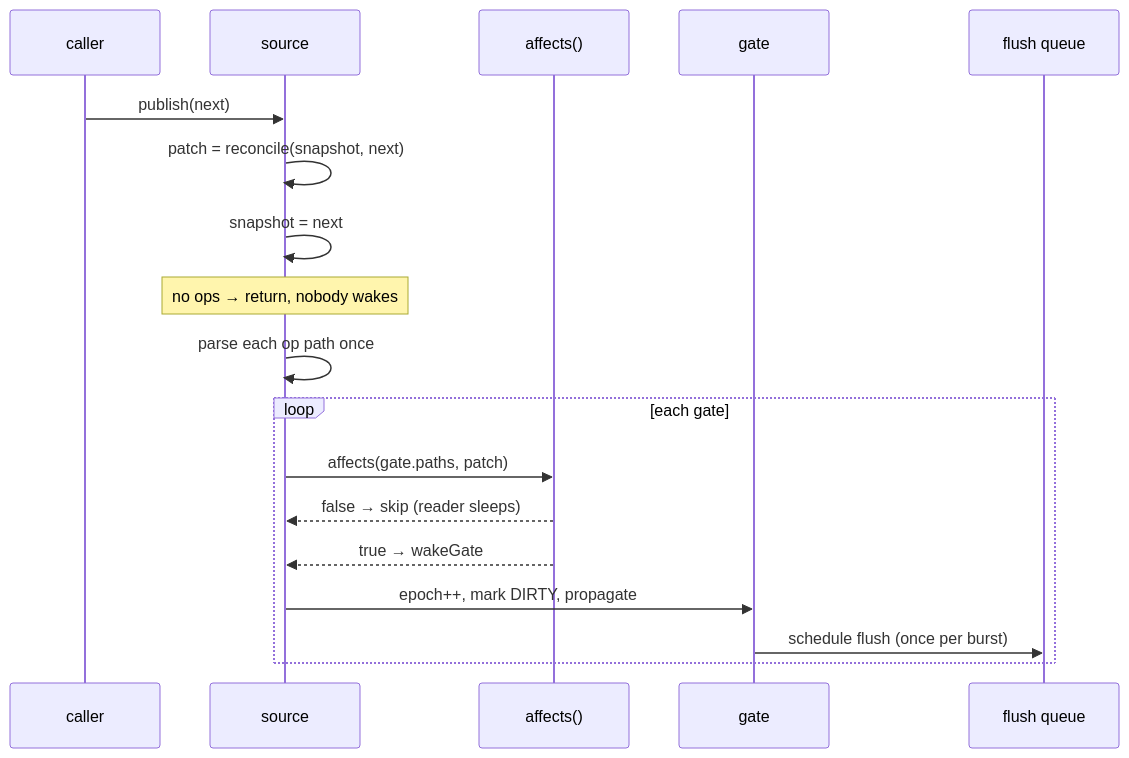
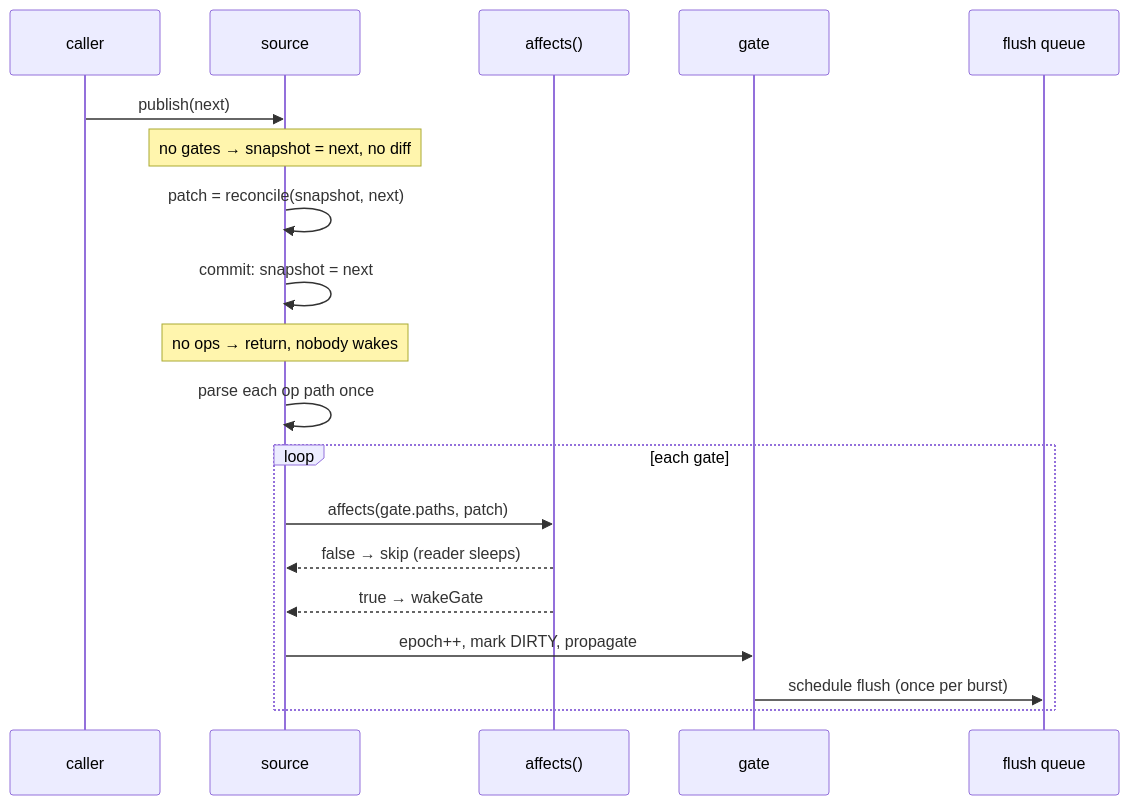
Before and after one commit to twfarland/nonchalant: the third of 4 diagrams in docs/internals/graph.md, drawn with Mermaid. The commit also changed other lines of this file and 14 other files, not shown here.

````diff
--- a/docs/internals/graph.md
+++ b/docs/internals/graph.md
@@ -112,21 +112,22 @@
 ```mermaid
 sequenceDiagram
     participant C as caller
     participant S as source
     participant T as affects()
     participant G as gate
     participant Q as flush queue
 
     C->>S: publish(next)
+    Note over S: no gates → snapshot = next, no diff
     S->>S: patch = reconcile(snapshot, next)
-    S->>S: snapshot = next
+    S->>S: commit: snapshot = next
     Note over S: no ops → return, nobody wakes
     S->>S: parse each op path once
     loop each gate
         S->>T: affects(gate.paths, patch)
         T-->>S: false → skip (reader sleeps)
         T-->>S: true → wakeGate
         S->>G: epoch++, mark DIRTY, propagate
         G->>Q: schedule flush (once per burst)
     end
 ```
````
